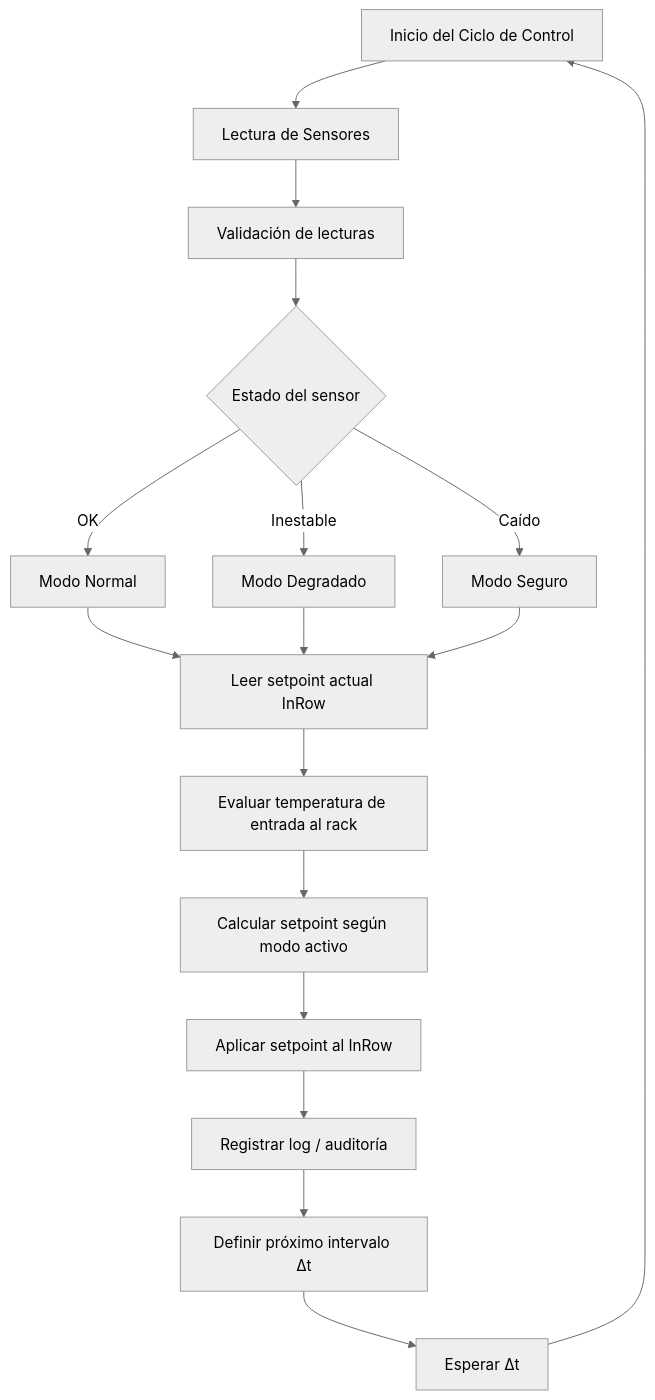
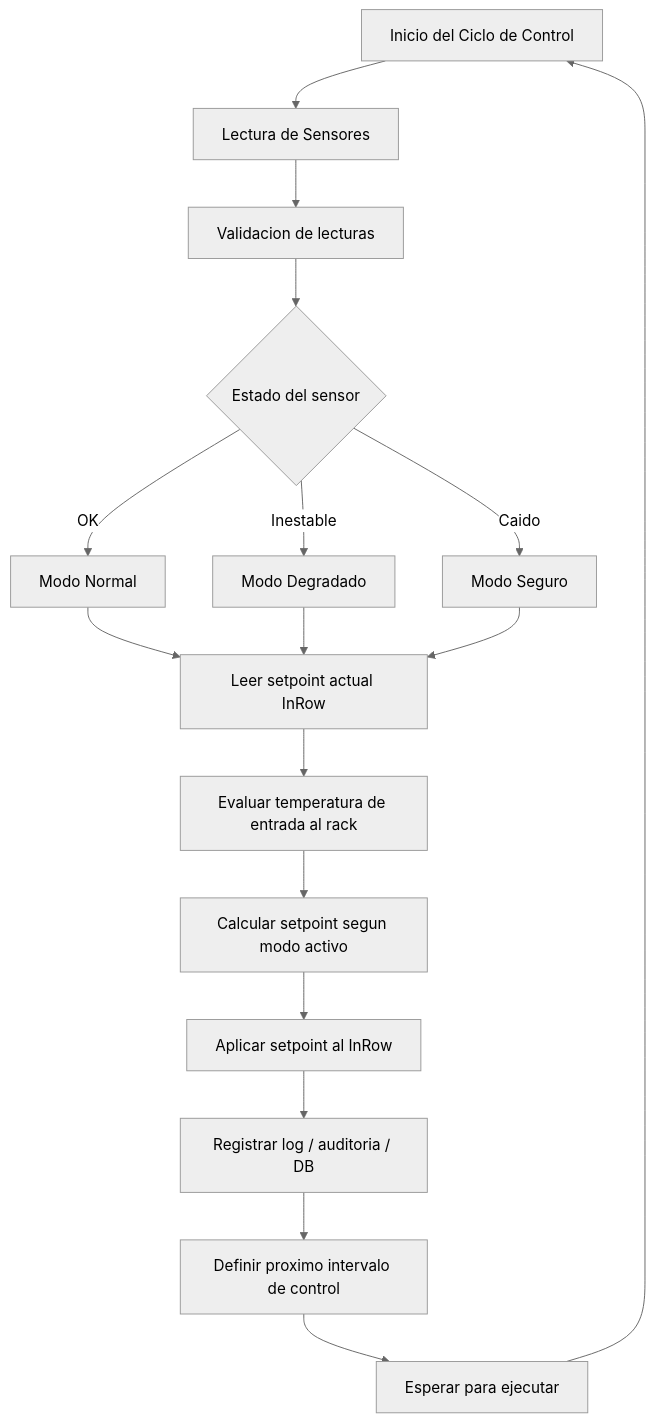
Before and after one commit to Diegoagodoy/git: the diagram in README.md, drawn with Mermaid (neutral theme). The commit also changed other lines of this file, not shown here.

````diff
--- a/README.md
+++ b/README.md
@@ -48,30 +77,30 @@
 ```mermaid
 flowchart TD
     A[Inicio del Ciclo de Control] --> B[Lectura de Sensores]
 
-    B --> C[Validación de lecturas]
+    B --> C[Validacion de lecturas]
 
     C --> D{Estado del sensor}
 
     D -->|OK| E[Modo Normal]
     D -->|Inestable| F[Modo Degradado]
-    D -->|Caído| G[Modo Seguro]
+    D -->|Caido| G[Modo Seguro]
 
     E --> H[Leer setpoint actual InRow]
     F --> H
     G --> H
 
     H --> I[Evaluar temperatura de entrada al rack]
 
-    I --> J[Calcular setpoint según modo activo]
+    I --> J[Calcular setpoint segun modo activo]
 
     J --> K[Aplicar setpoint al InRow]
 
-    K --> L[Registrar log / auditoría]
+    K --> L[Registrar log / auditoria / DB]
 
-    L --> M[Definir próximo intervalo Δt]
+    L --> M[Definir proximo intervalo de control]
 
-    M --> N[Esperar Δt]
+    M --> N[Esperar para ejecutar]
 
     N --> A
 ```
````
